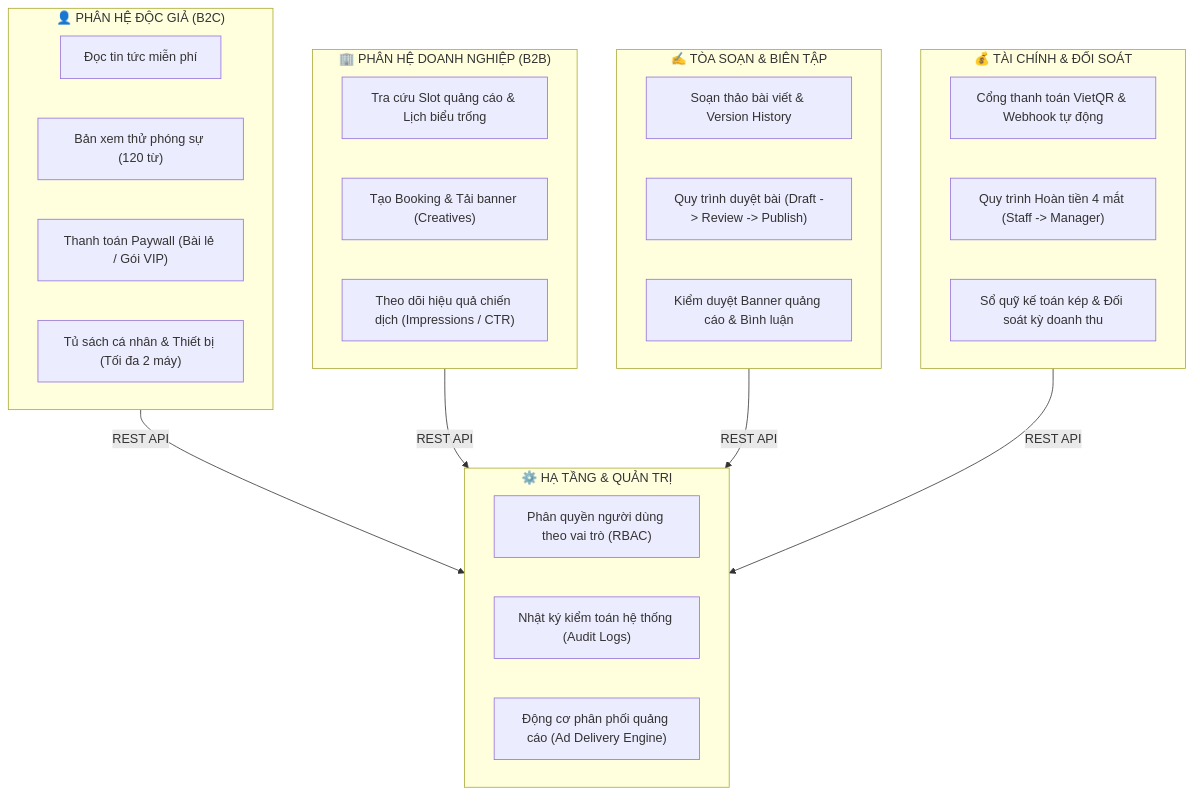
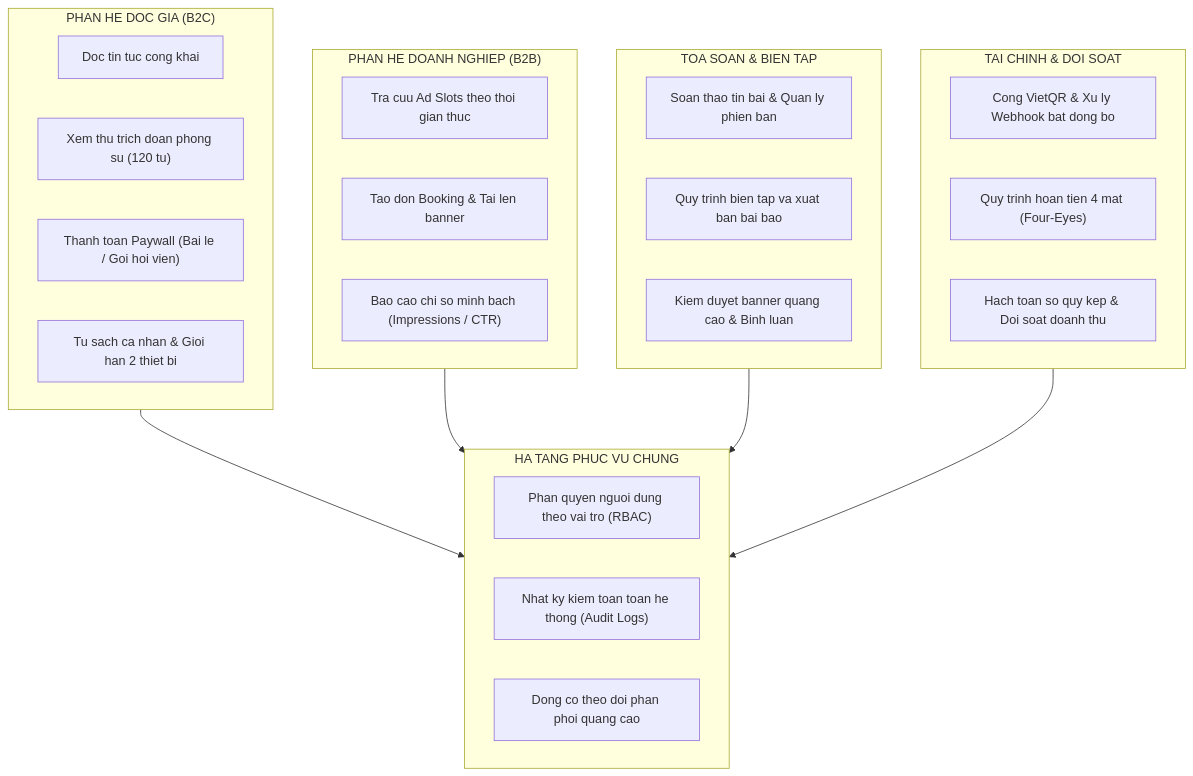
One commit to huyz4nny/SWP391_LOCALPRESS-REVENUE-TRUST-PLATFORM changed the diagram in README.md. Above: the diagram before and after it, drawn with Mermaid. The commit also changed other lines of this file, not shown here.

````diff
--- a/README.md
+++ b/README.md
@@ -40,38 +48,38 @@
 ```mermaid
 flowchart TD
-    subgraph B2C["👤 PHÂN HỆ ĐỘC GIẢ (B2C)"]
-        R1["Đọc tin tức miễn phí"]
-        R2["Bản xem thử phóng sự (120 từ)"]
-        R3["Thanh toán Paywall (Bài lẻ / Gói VIP)"]
-        R4["Tủ sách cá nhân & Thiết bị (Tối đa 2 máy)"]
+    subgraph B2C["PHAN HE DOC GIA (B2C)"]
+        R1["Doc tin tuc cong khai"]
+        R2["Xem thu trich doan phong su (120 tu)"]
+        R3["Thanh toan Paywall (Bai le / Goi hoi vien)"]
+        R4["Tu sach ca nhan & Gioi han 2 thiet bi"]
     end
 
-    subgraph B2B["🏢 PHÂN HỆ DOANH NGHIỆP (B2B)"]
-        A1["Tra cứu Slot quảng cáo & Lịch biểu trống"]
-        A2["Tạo Booking & Tải banner (Creatives)"]
-        A3["Theo dõi hiệu quả chiến dịch (Impressions / CTR)"]
+    subgraph B2B["PHAN HE DOANH NGHIEP (B2B)"]
+        A1["Tra cuu Ad Slots theo thoi gian thuc"]
+        A2["Tao don Booking & Tai len banner"]
+        A3["Bao cao chi so minh bach (Impressions / CTR)"]
     end
 
-    subgraph CMS["✍️ TÒA SOẠN & BIÊN TẬP"]
-        E1["Soạn thảo bài viết & Version History"]
-        E2["Quy trình duyệt bài (Draft -> Review -> Publish)"]
-        E3["Kiểm duyệt Banner quảng cáo & Bình luận"]
+    subgraph CMS["TOA SOAN & BIEN TAP"]
+        E1["Soan thao tin bai & Quan ly phien ban"]
+        E2["Quy trinh bien tap va xuat ban bai bao"]
+        E3["Kiem duyet banner quang cao & Binh luan"]
     end
 
-    subgraph FIN["💰 TÀI CHÍNH & ĐỐI SOÁT"]
-        F1["Cổng thanh toán VietQR & Webhook tự động"]
-        F2["Quy trình Hoàn tiền 4 mắt (Staff -> Manager)"]
-        F3["Sổ quỹ kế toán kép & Đối soát kỳ doanh thu"]
+    subgraph FIN["TAI CHINH & DOI SOAT"]
+        F1["Cong VietQR & Xu ly Webhook bat dong bo"]
+        F2["Quy trinh hoan tien 4 mat (Four-Eyes)"]
+        F3["Hach toan so quy kep & Doi soat doanh thu"]
     end
 
-    subgraph PLATFORM["⚙️ HẠ TẦNG & QUẢN TRỊ"]
-        ADM1["Phân quyền người dùng theo vai trò (RBAC)"]
-        ADM2["Nhật ký kiểm toán hệ thống (Audit Logs)"]
-        ADM3["Động cơ phân phối quảng cáo (Ad Delivery Engine)"]
+    subgraph CORE["HA TANG PHUC VU CHUNG"]
+        C1["Phan quyen nguoi dung theo vai tro (RBAC)"]
+        C2["Nhat ky kiem toan toan he thong (Audit Logs)"]
+        C3["Dong co theo doi phan phoi quang cao"]
     end
 
-    B2C -->|REST API| PLATFORM
-    B2B -->|REST API| PLATFORM
-    CMS -->|REST API| PLATFORM
-    FIN -->|REST API| PLATFORM
+    B2C --> CORE
+    B2B --> CORE
+    CMS --> CORE
+    FIN --> CORE
 ```
````
